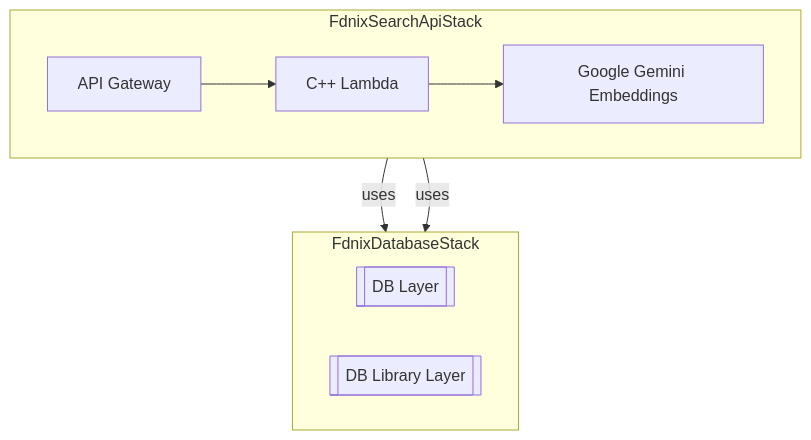
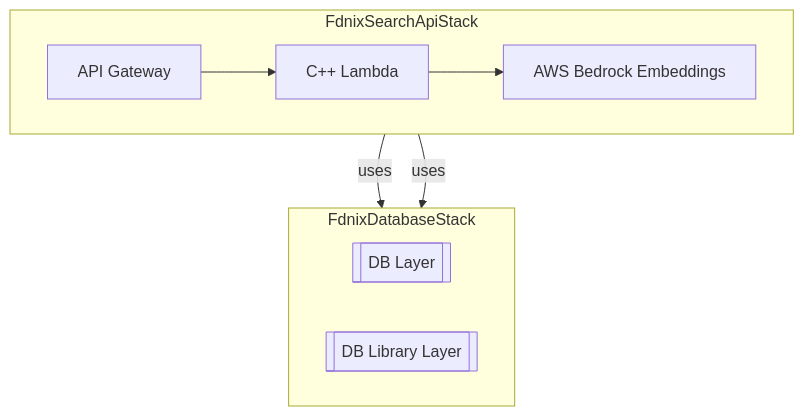
One commit to james-ralph8555/fdnix changed the third of 4 diagrams in packages/cdk/README.md. Above: the diagram before and after it, drawn with Mermaid. The commit also changed other lines of this file and 16 other files, not shown here.

````diff
--- a/packages/cdk/README.md
+++ b/packages/cdk/README.md
@@ -91,17 +93,17 @@
 ```mermaid
 graph TD
     subgraph "FdnixSearchApiStack"
         direction LR
         api[API Gateway] --> lambda[C++ Lambda]
-        lambda --> gemini[Google Gemini Embeddings]
+        lambda --> bedrock[AWS Bedrock Embeddings]
     end
 
     subgraph "FdnixDatabaseStack"
         direction LR
         db_layer[[DB Layer]]
         db_lib_layer[[DB Library Layer]]
     end
 
     lambda -- uses --> db_layer
     lambda -- uses --> db_lib_layer
 ```
````
